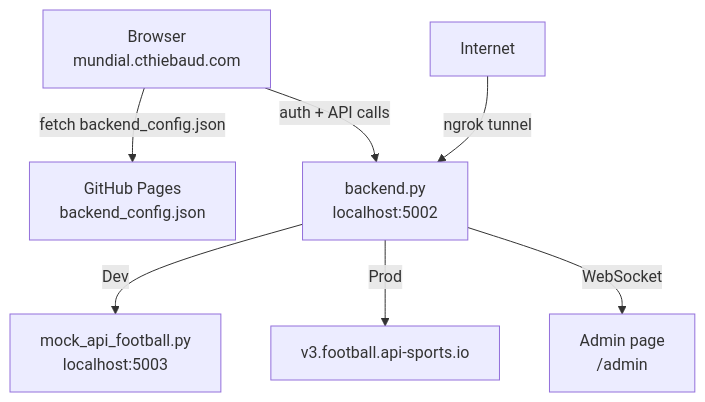
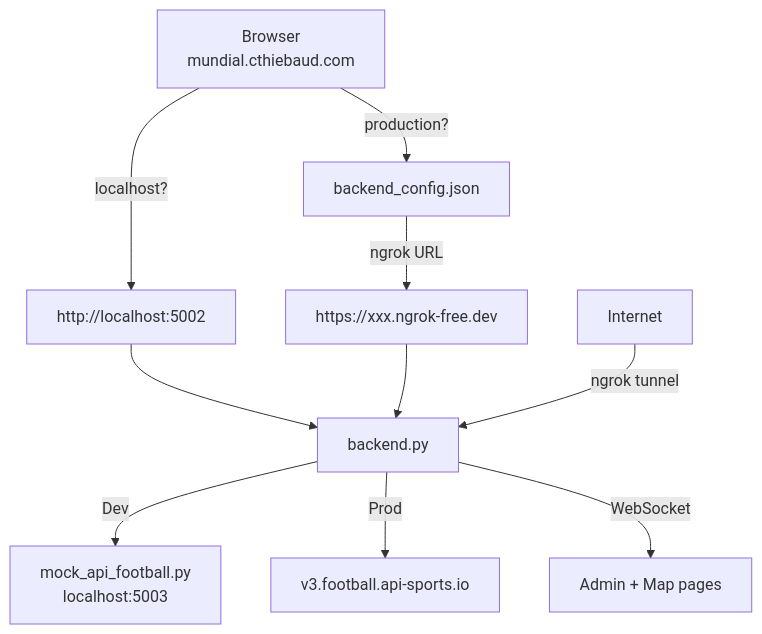
The diagram in server/README.md (cthiebaud/mundial), drawn with Mermaid before and after one commit. The commit also changed other lines of this file, not shown here.

Commit message:
docs: update server README with per-device sessions, kick, URLs, ngrok port fix

````diff
--- a/server/README.md
+++ b/server/README.md
@@ -110,9 +143,10 @@
 ```mermaid
 graph TD
-    A[Browser<br>mundial.cthiebaud.com] -->|fetch backend_config.json| F[GitHub Pages<br>backend_config.json]
-    A -->|auth + API calls| B[backend.py<br>localhost:5002]
+    A[Browser<br>mundial.cthiebaud.com] -->|localhost?| B1[http://localhost:5002]
+    A -->|production?| F[backend_config.json] -->|ngrok URL| B2[https://xxx.ngrok-free.dev]
+    B1 & B2 --> B[backend.py]
     B -->|Dev| C[mock_api_football.py<br>localhost:5003]
     B -->|Prod| D[v3.football.api-sports.io]
     E[Internet] -->|ngrok tunnel| B
-    B -->|WebSocket| G[Admin page<br>/admin]
+    B -->|WebSocket| G[Admin + Map pages]
 ```
````
